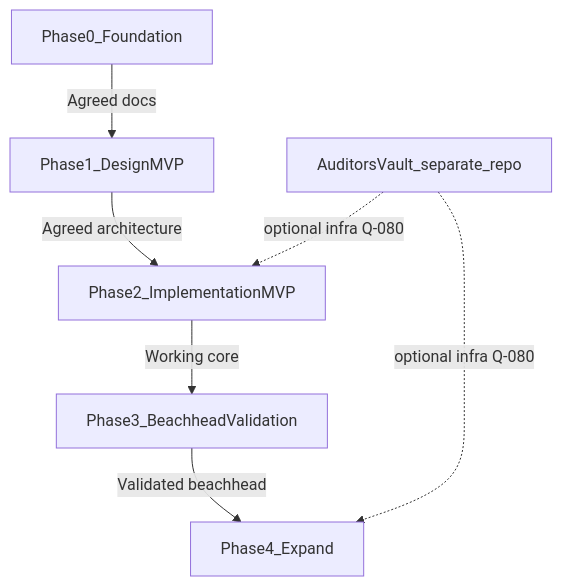
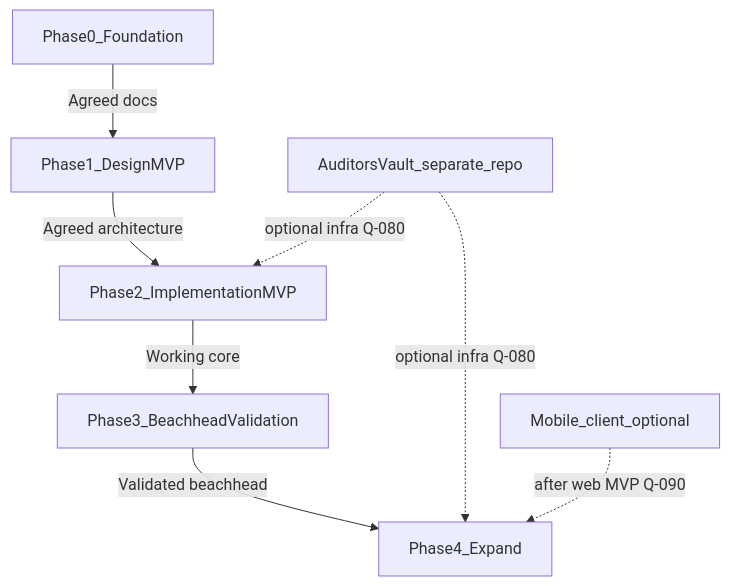
One commit to brormuller/TrustRegistry changed the diagram in docs/Roadmap.md. Above: the diagram before and after it, drawn with Mermaid. The commit also changed other lines of this file and 7 other files, not shown here.

````diff
--- a/docs/Roadmap.md
+++ b/docs/Roadmap.md
@@ -104,16 +108,18 @@
 ```mermaid
 flowchart TD
   P0[Phase0_Foundation]
   P1[Phase1_DesignMVP]
   P2[Phase2_ImplementationMVP]
   P3[Phase3_BeachheadValidation]
   P4[Phase4_Expand]
   AV[AuditorsVault_separate_repo]
+  Mobile[Mobile_client_optional]
 
   P0 -->|Agreed docs| P1
   P1 -->|Agreed architecture| P2
   P2 -->|Working core| P3
   P3 -->|Validated beachhead| P4
   AV -.->|optional infra Q-080| P2
   AV -.->|optional infra Q-080| P4
+  Mobile -.->|after web MVP Q-090| P4
 ```
````
